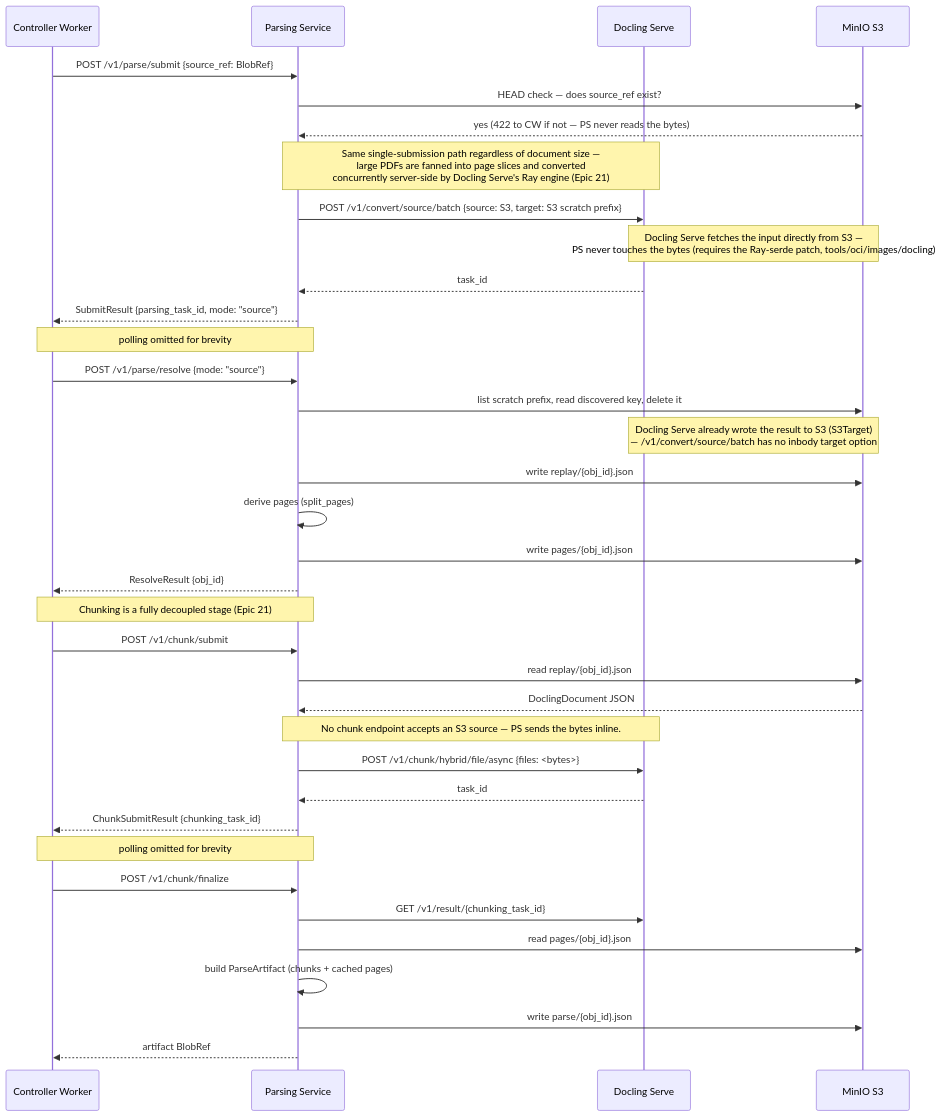
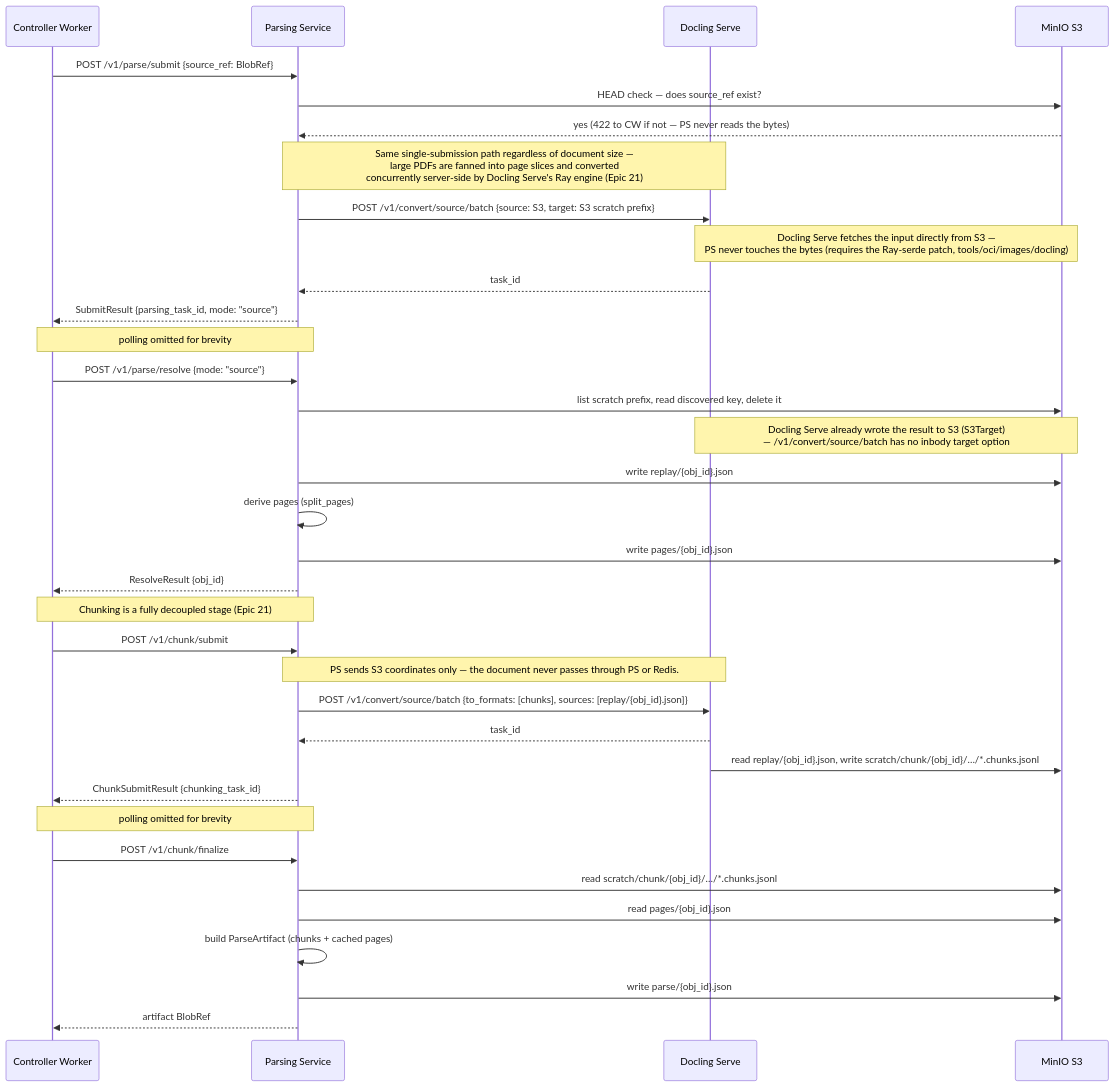
Before and after one commit to k-sparrow/artemis: the third of 4 diagrams in docs/architecture/ingestion-subsystem.md, drawn with Mermaid. The commit also changed other lines of this file and 7 other files, not shown here.

First line of the commit message:
[docs] describe chunking through convert/batch and the removed parse.long worker

````diff
--- a/docs/architecture/ingestion-subsystem.md
+++ b/docs/architecture/ingestion-subsystem.md
@@ -169,45 +166,44 @@
 ```mermaid
 sequenceDiagram
     participant CW as Controller Worker
     participant PS as Parsing Service
     participant Docling as Docling Serve
     participant S3 as MinIO S3
 
     CW->>PS: POST /v1/parse/submit {source_ref: BlobRef}
     PS->>S3: HEAD check — does source_ref exist?
     S3-->>PS: yes (422 to CW if not — PS never reads the bytes)
     note over PS,Docling: Same single-submission path regardless of document size —<br/>large PDFs are fanned into page slices and converted<br/>concurrently server-side by Docling Serve's Ray engine (Epic 21)
     PS->>Docling: POST /v1/convert/source/batch {source: S3, target: S3 scratch prefix}
     note over Docling,S3: Docling Serve fetches the input directly from S3 —<br/>PS never touches the bytes (requires the Ray-serde patch, tools/oci/images/docling)
     Docling-->>PS: task_id
     PS-->>CW: SubmitResult {parsing_task_id, mode: "source"}
 
     note over CW,PS: polling omitted for brevity
 
     CW->>PS: POST /v1/parse/resolve {mode: "source"}
     PS->>S3: list scratch prefix, read discovered key, delete it
     note over Docling,S3: Docling Serve already wrote the result to S3 (S3Target)<br/>— /v1/convert/source/batch has no inbody target option
     PS->>S3: write replay/{obj_id}.json
     PS->>PS: derive pages (split_pages)
     PS->>S3: write pages/{obj_id}.json
     PS-->>CW: ResolveResult {obj_id}
 
     note over CW,PS: Chunking is a fully decoupled stage (Epic 21)
 
     CW->>PS: POST /v1/chunk/submit
-    PS->>S3: read replay/{obj_id}.json
-    S3-->>PS: DoclingDocument JSON
-    note over PS,Docling: No chunk endpoint accepts an S3 source — PS sends the bytes inline.
-    PS->>Docling: POST /v1/chunk/hybrid/file/async {files: <bytes>}
+    note over PS,Docling: PS sends S3 coordinates only — the document never passes through PS or Redis.
+    PS->>Docling: POST /v1/convert/source/batch {to_formats: [chunks], sources: [replay/{obj_id}.json]}
     Docling-->>PS: task_id
+    Docling->>S3: read replay/{obj_id}.json, write scratch/chunk/{obj_id}/…/*.chunks.jsonl
     PS-->>CW: ChunkSubmitResult {chunking_task_id}
 
     note over CW,PS: polling omitted for brevity
 
     CW->>PS: POST /v1/chunk/finalize
-    PS->>Docling: GET /v1/result/{chunking_task_id}
+    PS->>S3: read scratch/chunk/{obj_id}/…/*.chunks.jsonl
     PS->>S3: read pages/{obj_id}.json
     PS->>PS: build ParseArtifact (chunks + cached pages)
     PS->>S3: write parse/{obj_id}.json
     PS-->>CW: artifact BlobRef
 ```
````
